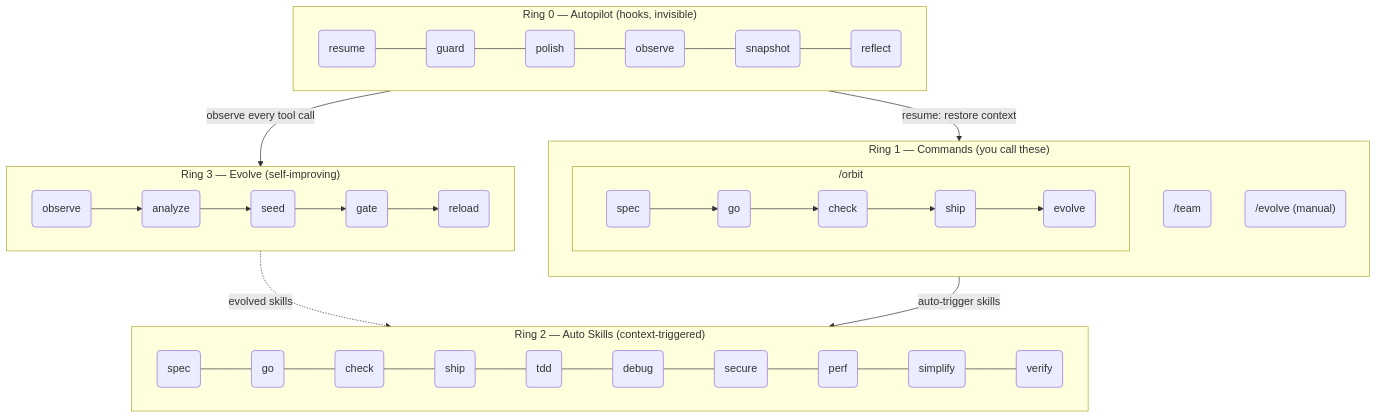
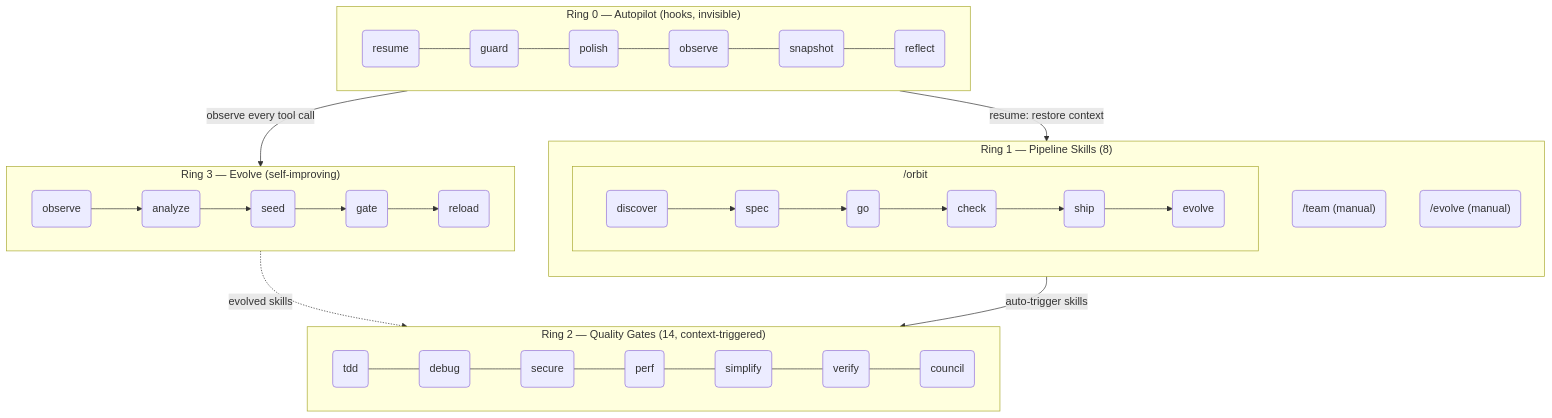
One commit to epicsagas/epic-harness changed the second of 2 diagrams in i18n/zh-CN/README.md. Above: the diagram before and after it, drawn with Mermaid. The commit also changed other lines of this file and 24 other files, not shown here.

First line of the commit message:
refactor: unify commands into skills (v0.4.4)

````diff
--- a/i18n/zh-CN/README.md
+++ b/i18n/zh-CN/README.md
@@ -422,32 +421,32 @@
 ```mermaid
 flowchart TB
     subgraph R0["Ring 0 — Autopilot (hooks, invisible)"]
         direction LR
         h1(resume) --- h2(guard) --- h3(polish) --- h4(observe) --- h5(snapshot) --- h6(reflect)
     end
 
-    subgraph R1["Ring 1 — Commands (you call these)"]
+    subgraph R1["Ring 1 — Pipeline Skills (8)"]
         direction TB
         subgraph orbit_wrap["  /orbit  "]
             direction LR
-            c1("spec") --> c2("go") --> c3("check") --> c4("ship") --> c5("evolve")
+            c1("discover") --> c2("spec") --> c3("go") --> c4("check") --> c5("ship") --> c6("evolve")
         end
-        c6("/team")
-        c7("/evolve (manual)")
+        c7("/team (manual)")
+        c8("/evolve (manual)")
     end
 
-    subgraph R2["Ring 2 — Auto Skills (context-triggered)"]
+    subgraph R2["Ring 2 — Quality Gates (14, context-triggered)"]
         direction LR
-        s1(spec) --- s2(go) --- s3(check) --- s4(ship) --- s5(tdd) --- s6(debug) --- s7(secure) --- s8(perf) --- s9(simplify) --- s10(verify)
+        s1(tdd) --- s2(debug) --- s3(secure) --- s4(perf) --- s5(simplify) --- s6(verify) --- s7(council)
     end
 
     subgraph R3["Ring 3 — Evolve (self-improving)"]
         direction LR
         e1(observe) --> e2(analyze) --> e3(seed) --> e4(gate) --> e5(reload)
     end
 
     R0 -->|"observe every tool call"| R3
     R3 -.->|"evolved skills"| R2
     R1 -->|"auto-trigger skills"| R2
     R0 -->|"resume: restore context"| R1
 ```
````
